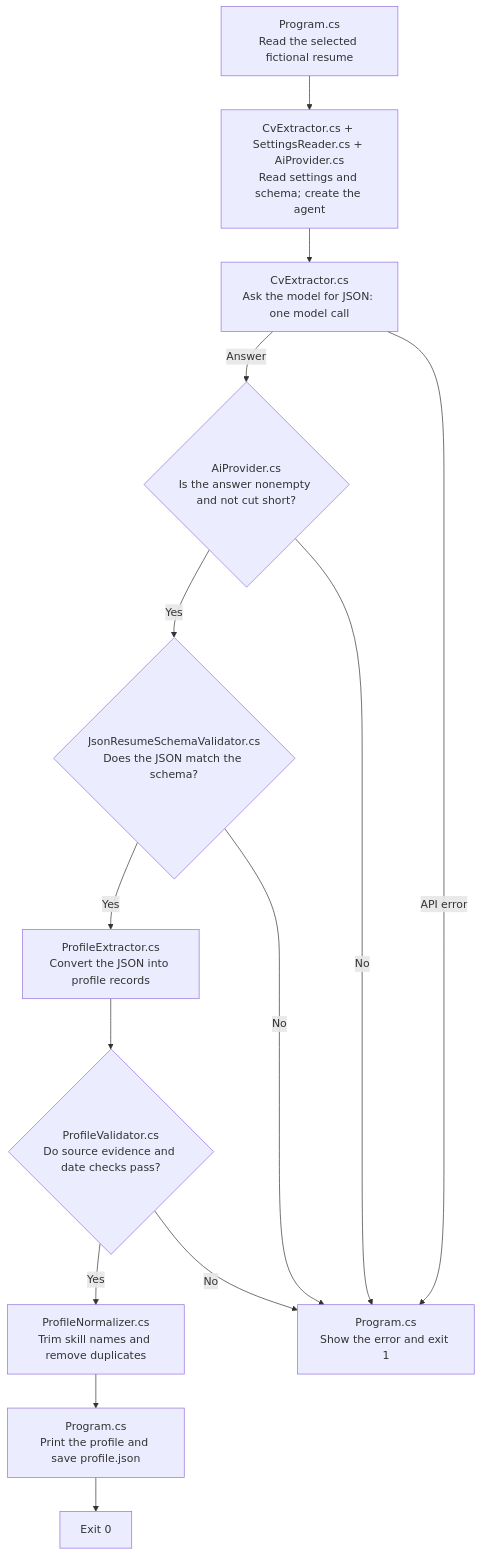
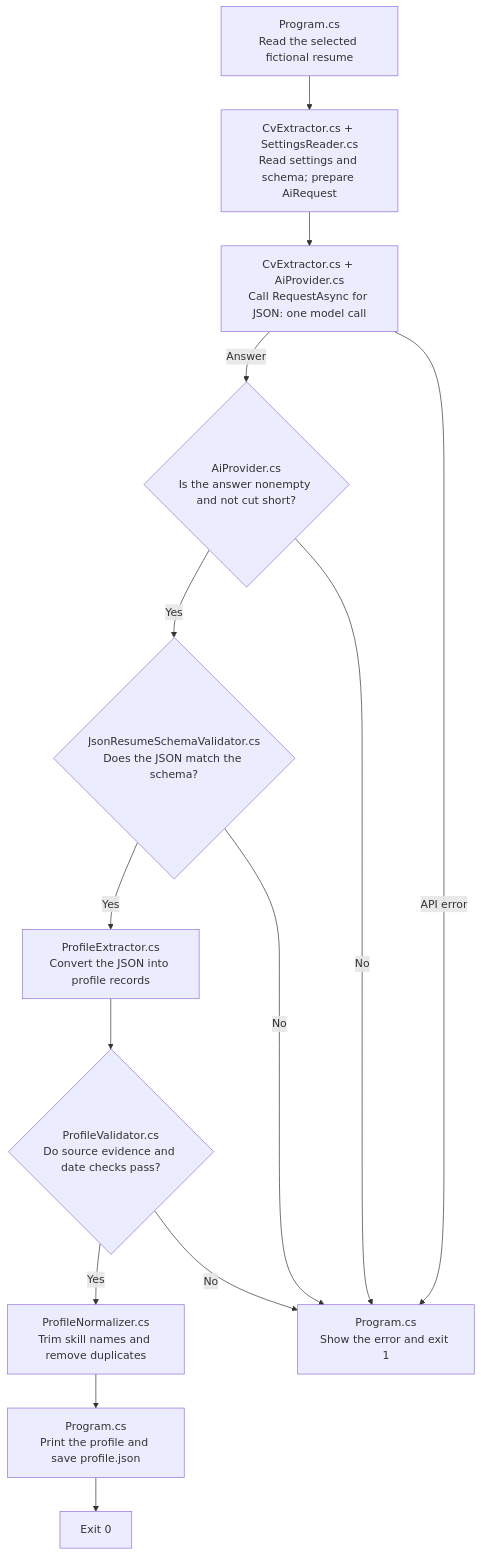
One commit to KhosroPakmanesh/ai-engineering-training changed the diagram in 02-structured-output/structured-output/README.md. Above: the diagram before and after it, drawn with Mermaid. The commit also changed other lines of this file and 53 other files, not shown here.

````diff
--- a/02-structured-output/structured-output/README.md
+++ b/02-structured-output/structured-output/README.md
@@ -21,16 +21,16 @@
 ```mermaid
 flowchart TD
-    A["Program.cs<br/>Read the selected fictional resume"] --> B["CvExtractor.cs + SettingsReader.cs + AiProvider.cs<br/>Read settings and schema; create the agent"]
-    B --> C["CvExtractor.cs<br/>Ask the model for JSON: one model call"]
+    A["Program.cs<br/>Read the selected fictional resume"] --> B["CvExtractor.cs + SettingsReader.cs<br/>Read settings and schema; prepare AiRequest"]
+    B --> C["CvExtractor.cs + AiProvider.cs<br/>Call RequestAsync for JSON: one model call"]
     C -->|Answer| D{"AiProvider.cs<br/>Is the answer nonempty and not cut short?"}
     D -->|Yes| E{"JsonResumeSchemaValidator.cs<br/>Does the JSON match the schema?"}
     E -->|Yes| P["ProfileExtractor.cs<br/>Convert the JSON into profile records"]
     P --> V{"ProfileValidator.cs<br/>Do source evidence and date checks pass?"}
     V -->|Yes| F["ProfileNormalizer.cs<br/>Trim skill names and remove duplicates"]
     F --> G["Program.cs<br/>Print the profile and save profile.json"]
     G --> H["Exit 0"]
     E -->|No| I["Program.cs<br/>Show the error and exit 1"]
     V -->|No| I
     C -->|API error| I
     D -->|No| I
 ```
````
